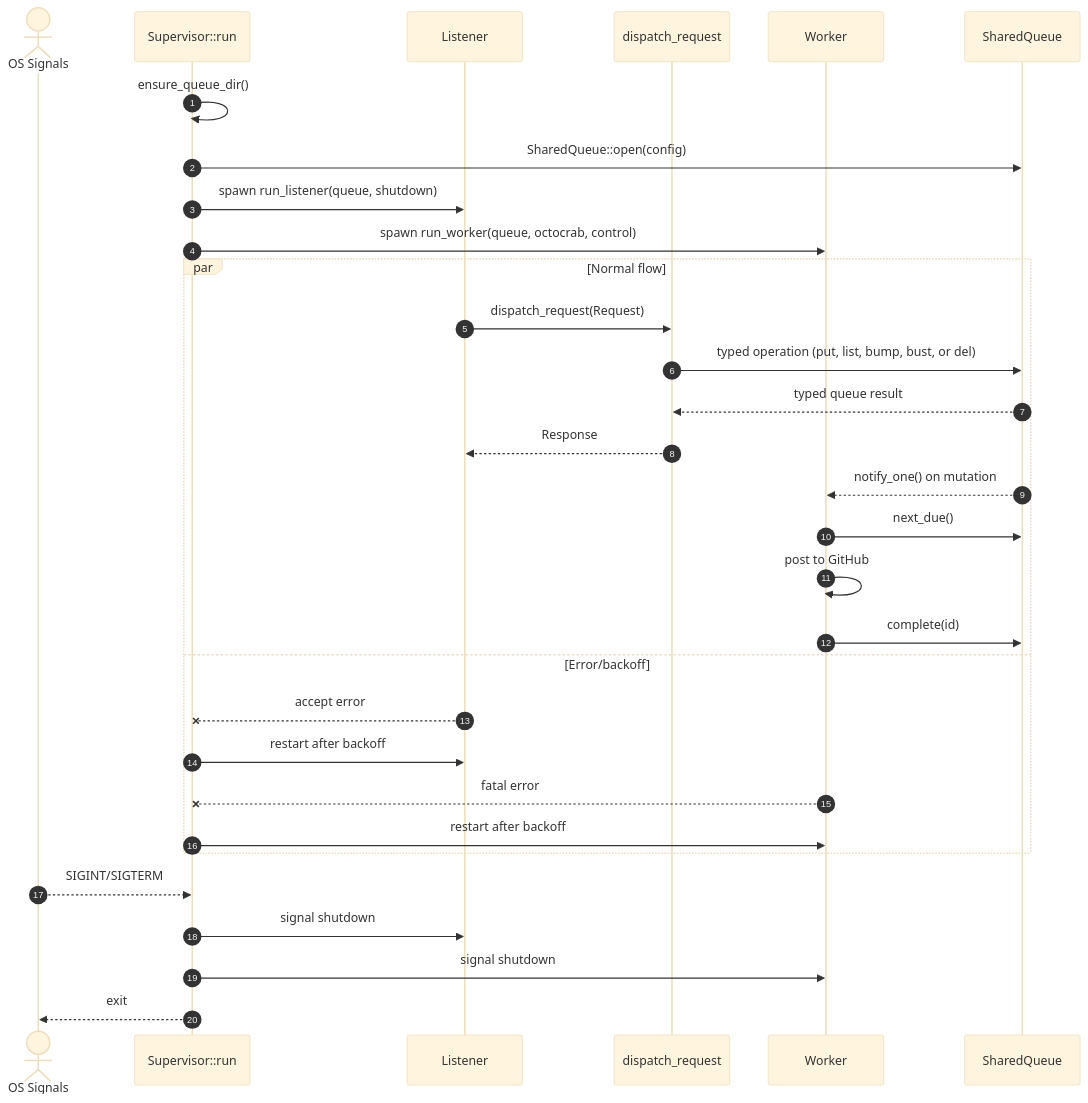
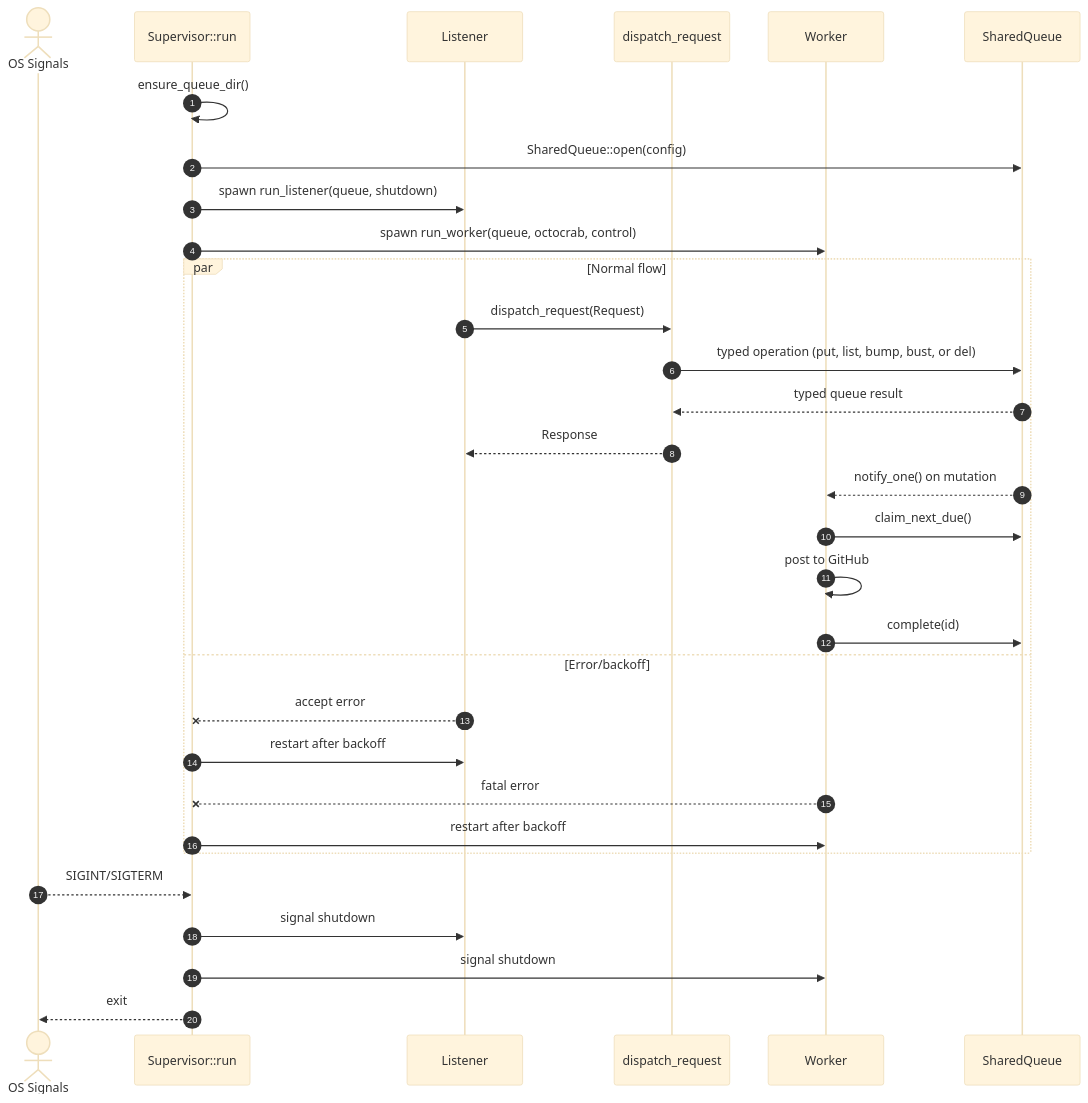
Before and after one commit to leynos/comenq: the first of 3 diagrams in docs/comenq-design.md, drawn with Mermaid (base theme). The commit also changed other lines of this file and 10 other files, not shown here.

````diff
--- a/docs/comenq-design.md
+++ b/docs/comenq-design.md
@@ -451,36 +450,36 @@
 ```mermaid
 sequenceDiagram
   autonumber
   actor OS as OS Signals
   participant Sup as Supervisor::run
   participant L as Listener
   participant A as dispatch_request
   participant W as Worker
   participant Q as SharedQueue
 
   Sup->>Sup: ensure_queue_dir()
   Sup->>Q: SharedQueue::open(config)
   Sup->>L: spawn run_listener(queue, shutdown)
   Sup->>W: spawn run_worker(queue, octocrab, control)
 
   par Normal flow
     L->>A: dispatch_request(Request)
     A->>Q: typed operation (put, list, bump, bust, or del)
     Q-->>A: typed queue result
     A-->>L: Response
     Q-->>W: notify_one() on mutation
-    W->>Q: next_due()
+    W->>Q: claim_next_due()
     W->>W: post to GitHub
     W->>Q: complete(id)
   and Error/backoff
     L--x Sup: accept error
     Sup->>L: restart after backoff
     W--x Sup: fatal error
     Sup->>W: restart after backoff
   end
 
   OS-->>Sup: SIGINT/SIGTERM
   Sup->>L: signal shutdown
   Sup->>W: signal shutdown
   Sup-->>OS: exit
 ```
````
